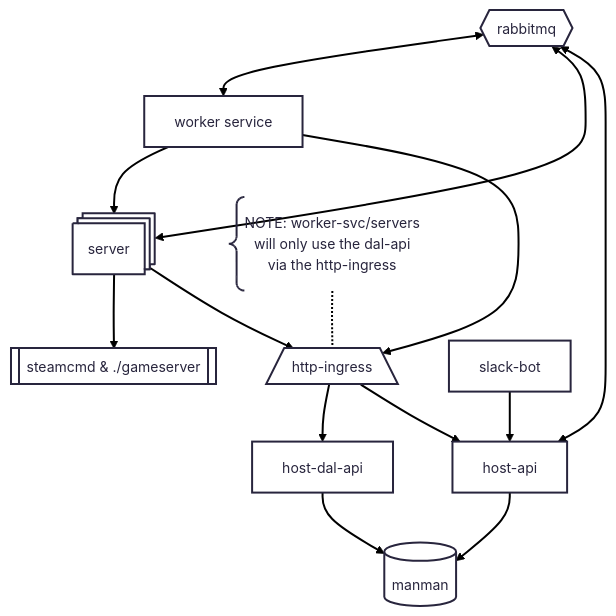
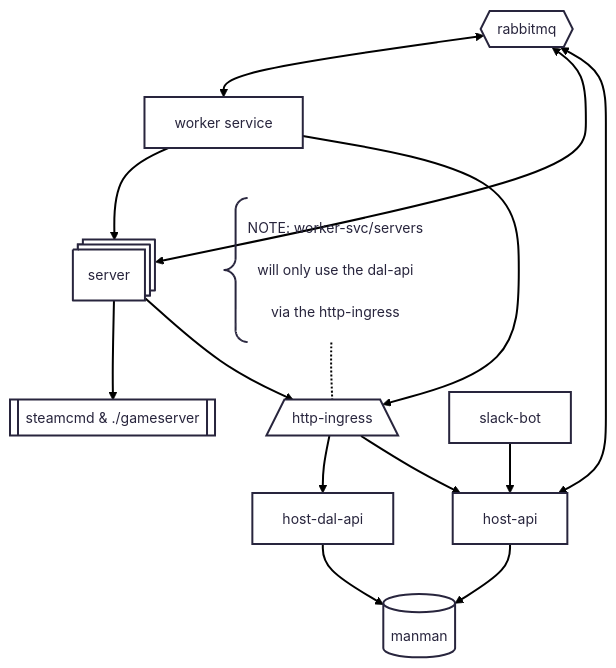
One commit to whale-net/manman changed the diagram in README.md. Above: the diagram before and after it, drawn with Mermaid.

````diff
--- a/README.md
+++ b/README.md
@@ -19,37 +19,35 @@
 ```mermaid
 ---
 config:
   theme: redux
 ---
 graph TD
     worker-svc["worker service"]
     servers["server"]@{ shape: procs}
     server-subproc["steamcmd & ./gameserver"]@{ shape: subproc}
 
     worker-svc --> servers --> server-subproc
 
     http-ingress[/"http-ingress"\]
     host-api["host-api"]
     host-dal-api["host-dal-api"]
     worker-svc & servers --> http-ingress --> host-dal-api
     http-ingress --> host-api
 
-    http-ingress-comment["
-        NOTE: worker-svc/servers
-        will only use the dal-api
-        via the http-ingress
-    "]@{ shape: comment }
+    http-ingress-comment["NOTE: worker-svc/servers<br>
+    will only use the dal-api<br>
+    via the http-ingress"]@{ shape: comment }
 
     http-ingress-comment -.- http-ingress
 
     database["manman"]@{ shape: db}
     host-api & host-dal-api --> database
 
     rmq{{"rabbitmq"}}
     rmq <--> worker-svc & servers & host-api
 
 
     slack-bot["slack-bot"]
     slack-bot --> host-api
 
 ```
````
